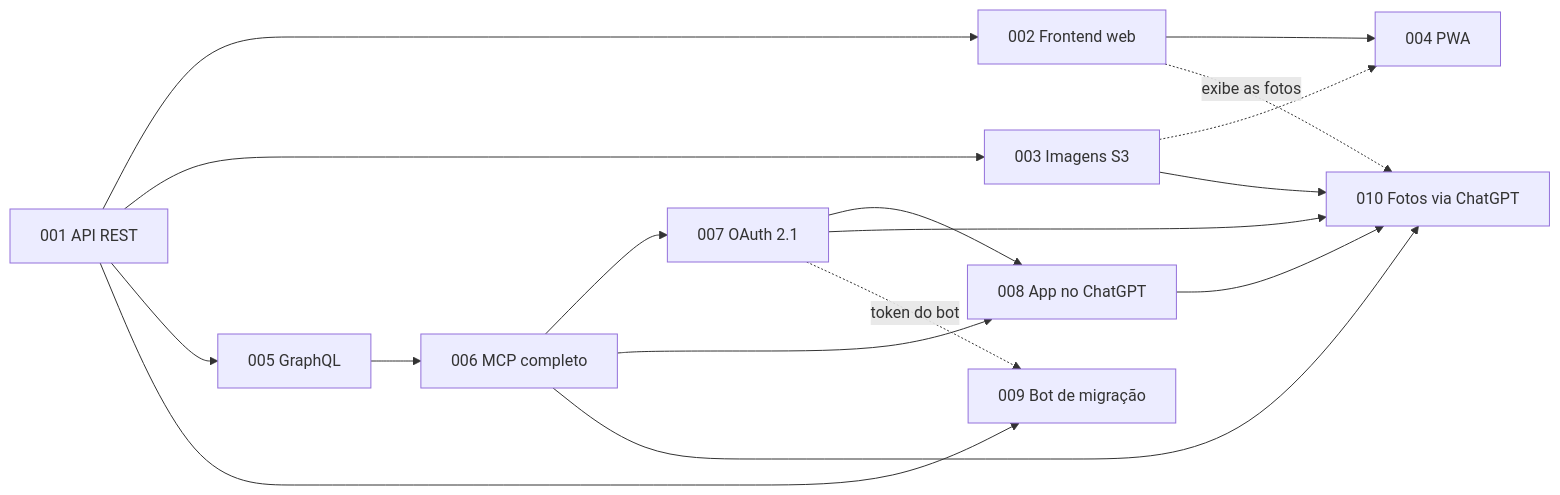
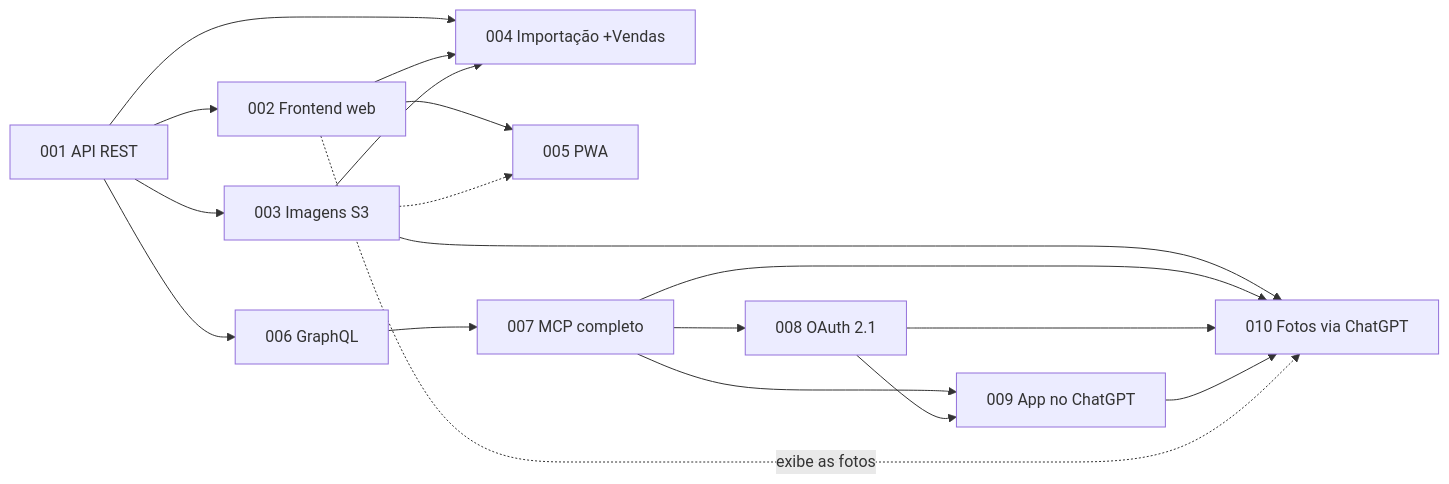
One commit to landim32/ambrosia changed the diagram in docs/README.md. Above: the diagram before and after it, drawn with Mermaid. The commit also changed other lines of this file and 11 other files, not shown here.

First line of the commit message:
docs: renumera as histórias e reescreve a 004 (importação do +Vendas)

````diff
--- a/docs/README.md
+++ b/docs/README.md
@@ -56,30 +56,31 @@
 ```mermaid
 graph LR
     H001[001 API REST]
     H002[002 Frontend web]
     H003[003 Imagens S3]
-    H004[004 PWA]
-    H005[005 GraphQL]
-    H006[006 MCP completo]
-    H007[007 OAuth 2.1]
-    H008[008 App no ChatGPT]
-    H009[009 Bot de migração]
+    H004[004 Importação +Vendas]
+    H005[005 PWA]
+    H006[006 GraphQL]
+    H007[007 MCP completo]
+    H008[008 OAuth 2.1]
+    H009[009 App no ChatGPT]
     H010[010 Fotos via ChatGPT]
 
     H001 --> H002
     H001 --> H003
-    H001 --> H005
-    H001 --> H009
+    H001 --> H004
     H002 --> H004
-    H003 -.-> H004
-    H005 --> H006
+    H003 --> H004
+    H001 --> H006
+    H002 --> H005
+    H003 -.-> H005
     H006 --> H007
-    H006 --> H008
     H007 --> H008
+    H007 --> H009
+    H008 --> H009
     H003 --> H010
-    H006 --> H010
     H007 --> H010
     H008 --> H010
+    H009 --> H010
     H002 -.->|exibe as fotos| H010
-    H007 -.->|token do bot| H009
 ```
````
